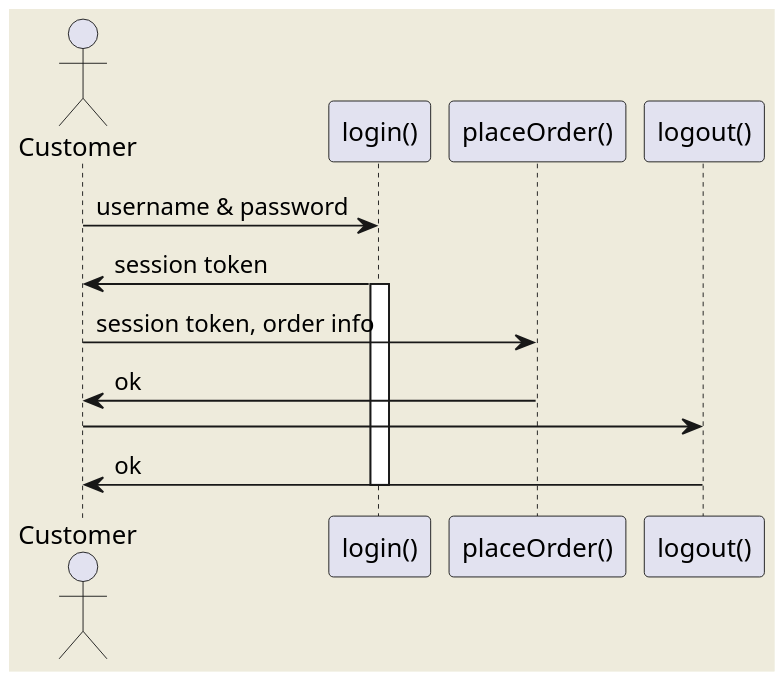
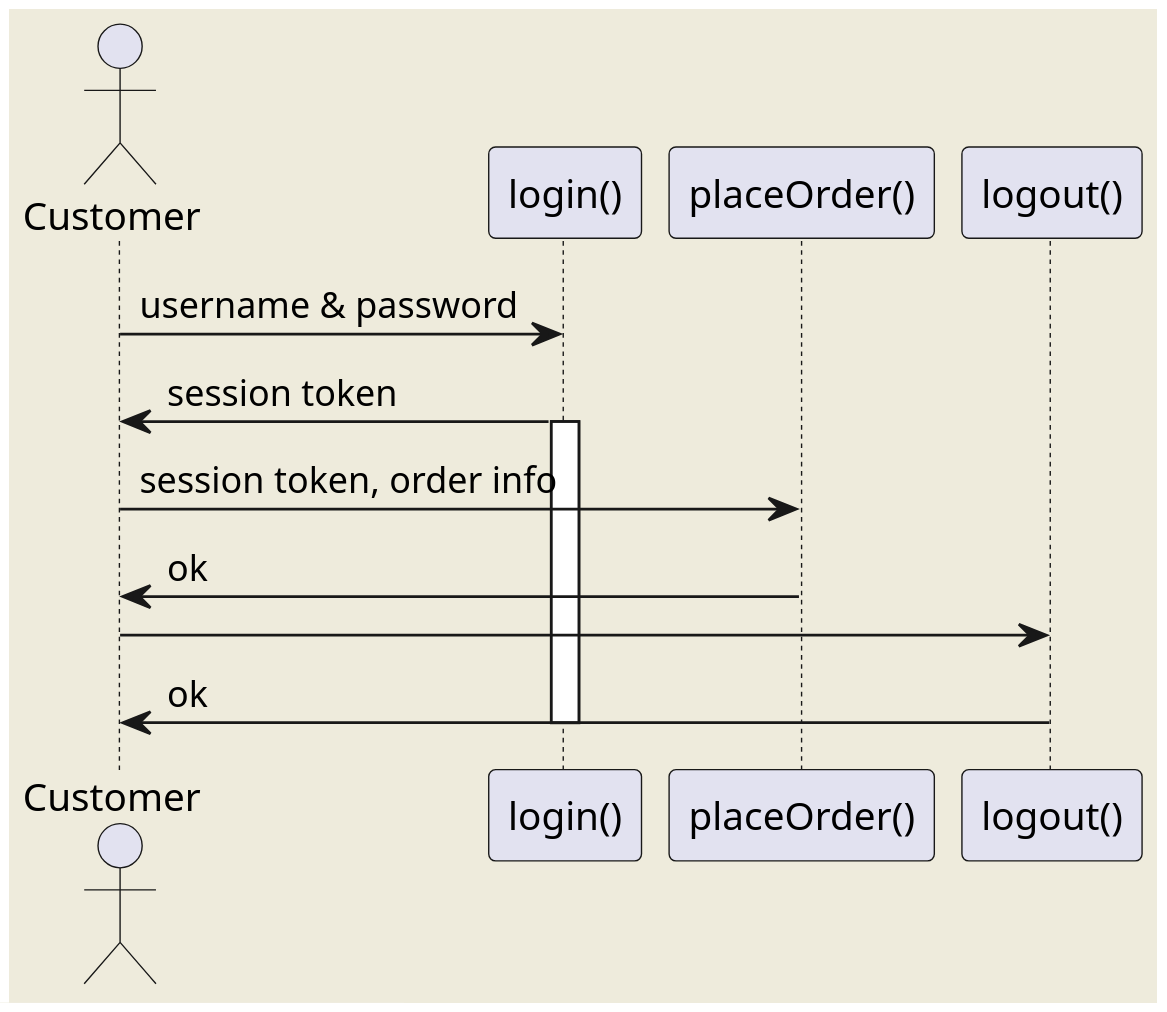
Before and after one commit to AndiSap/path-finding-js: the diagram in sequenceExample.md, drawn with PlantUML.

Commit message:
change scale

````diff
--- a/sequenceExample.md
+++ b/sequenceExample.md
@@ -7,15 +7,15 @@
 ```plantuml
 @startuml
-    scale 2
+    scale 3
     skinparam backgroundColor #EEEBDC
     actor Customer
     Customer -> "login()" : username & password
     "login()" -> Customer : session token
     activate "login()"
     Customer -> "placeOrder()" : session token, order info
     "placeOrder()" -> Customer : ok
     Customer -> "logout()"
     "logout()" -> Customer : ok
     deactivate "login()"
 @enduml
 ```
````
